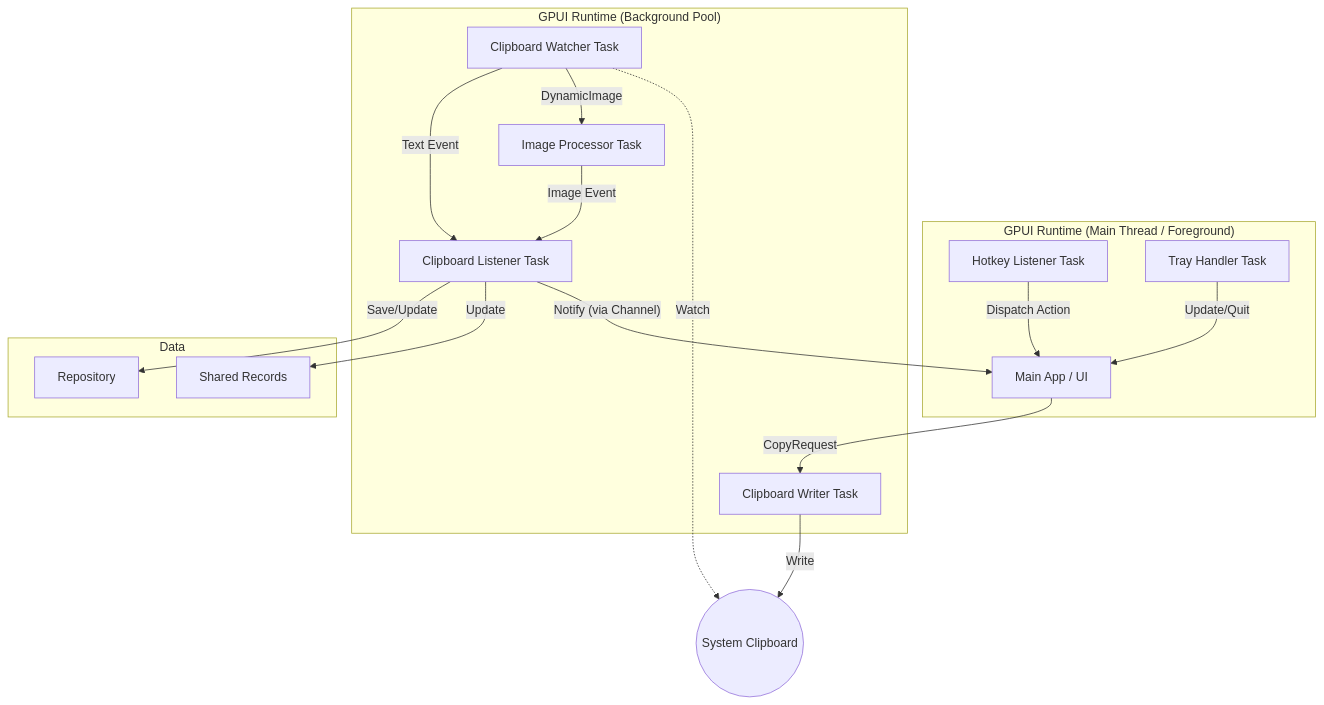
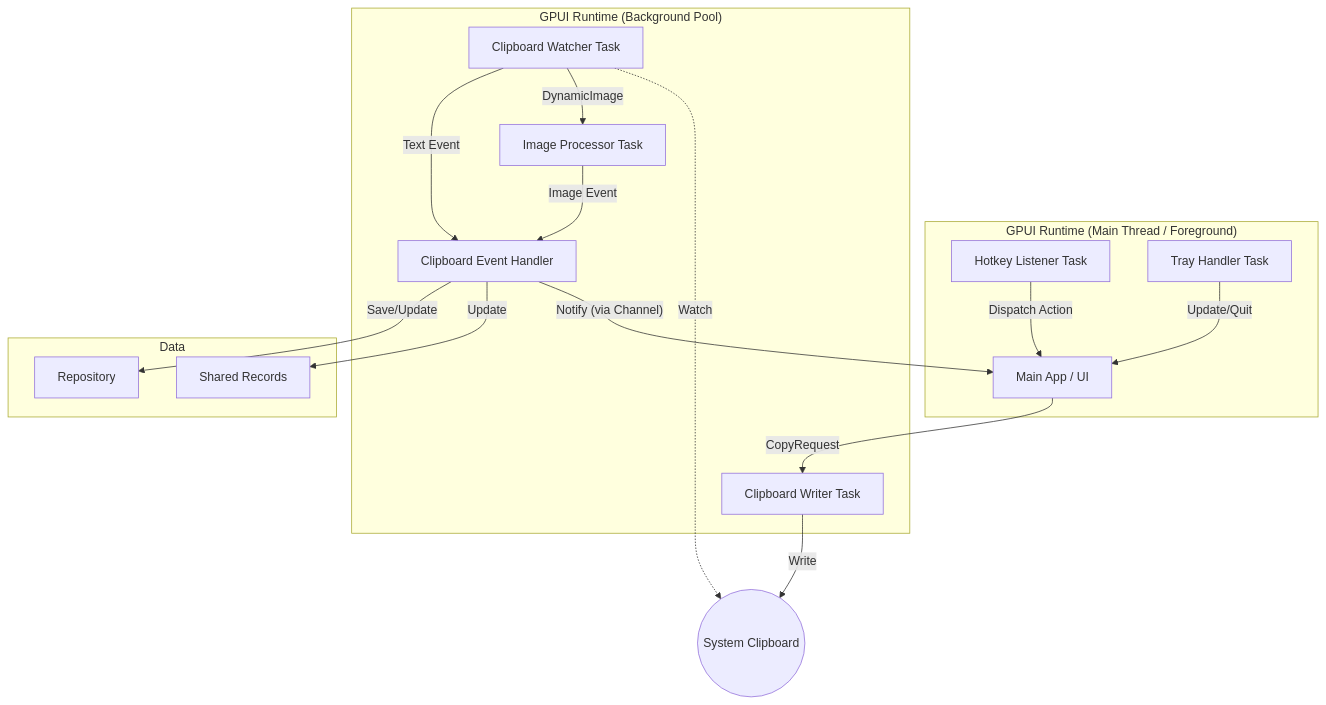
Before and after one commit to StudentWeis/ropy: the first of 2 diagrams in doc/Concurrency-Analysis.md, drawn with Mermaid. The commit also changed other lines of this file and 9 other files, not shown here.

````diff
--- a/doc/Concurrency-Analysis.md
+++ b/doc/Concurrency-Analysis.md
@@ -56,37 +58,37 @@
 ```mermaid
 graph TD
     subgraph "GPUI Runtime (Main Thread / Foreground)"
         Main[Main App / UI]
         HL[Hotkey Listener Task]
         TH[Tray Handler Task]
     end
 
     subgraph "GPUI Runtime (Background Pool)"
         CW[Clipboard Watcher Task]
         IP[Image Processor Task]
-        CL[Clipboard Listener Task]
+        CL[Clipboard Event Handler]
         CWr[Clipboard Writer Task]
     end
 
     subgraph "Data"
         Repo[Repository]
         Shared[Shared Records]
     end
 
     %% Clipboard Monitoring
     CW -- "Text Event" --> CL
     CW -- "DynamicImage" --> IP
     IP -- "Image Event" --> CL
     CL -- "Save/Update" --> Repo
     CL -- "Update" --> Shared
     CL -- "Notify (via Channel)" --> Main
 
     %% User Input
     HL -- "Dispatch Action" --> Main
     TH -- "Update/Quit" --> Main
 
     %% Clipboard Writing
     Main -- "CopyRequest" --> CWr
     CWr -- "Write" --> SystemClipboard((System Clipboard))
     CW -. "Watch" .-> SystemClipboard
 ```
````
